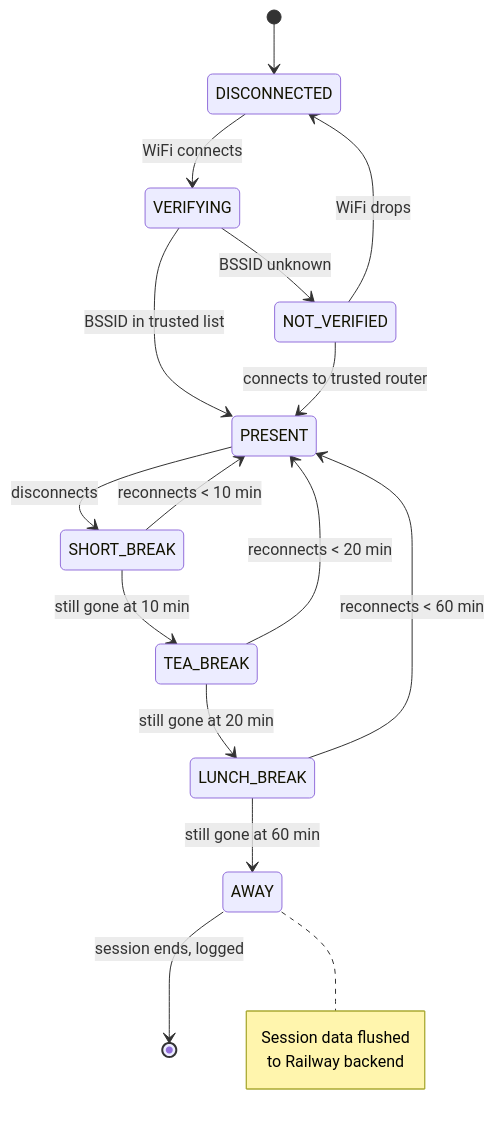
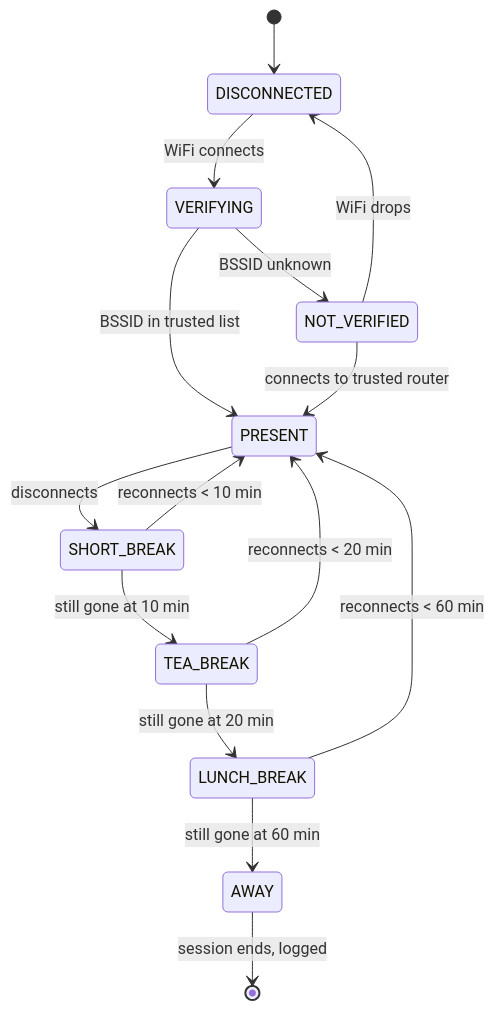
Before and after one commit to vedcr7/Attendance-Monitor-Using-Wifi-App: the first of 3 diagrams in README.md, drawn with Mermaid. The commit also changed other lines of this file, not shown here.

````diff
--- a/README.md
+++ b/README.md
@@ -142,27 +131,17 @@
 ```mermaid
 stateDiagram-v2
-    [*] --> DISCONNECTED
-    DISCONNECTED --> VERIFYING: WiFi connects
-    VERIFYING --> PRESENT: BSSID in trusted list
-    VERIFYING --> NOT_VERIFIED: BSSID unknown
-
-    PRESENT --> SHORT_BREAK: disconnects
-    SHORT_BREAK --> PRESENT: reconnects < 10 min
-    SHORT_BREAK --> TEA_BREAK: still gone at 10 min
-
-    TEA_BREAK --> PRESENT: reconnects < 20 min
-    TEA_BREAK --> LUNCH_BREAK: still gone at 20 min
-
-    LUNCH_BREAK --> PRESENT: reconnects < 60 min
-    LUNCH_BREAK --> AWAY: still gone at 60 min
-
-    AWAY --> [*]: session ends, logged
-
-    NOT_VERIFIED --> DISCONNECTED: WiFi drops
-    NOT_VERIFIED --> PRESENT: connects to trusted router
-
-    note right of AWAY
-        Session data flushed
-        to Railway backend
-    end note
+  [*] --> DISCONNECTED
+  DISCONNECTED --> VERIFYING: WiFi connects
+  VERIFYING --> PRESENT: BSSID in trusted list
+  VERIFYING --> NOT_VERIFIED: BSSID unknown
+  PRESENT --> SHORT_BREAK: disconnects
+  SHORT_BREAK --> PRESENT: reconnects < 10 min
+  SHORT_BREAK --> TEA_BREAK: still gone at 10 min
+  TEA_BREAK --> PRESENT: reconnects < 20 min
+  TEA_BREAK --> LUNCH_BREAK: still gone at 20 min
+  LUNCH_BREAK --> PRESENT: reconnects < 60 min
+  LUNCH_BREAK --> AWAY: still gone at 60 min
+  AWAY --> [*]: session ends, logged
+  NOT_VERIFIED --> DISCONNECTED: WiFi drops
+  NOT_VERIFIED --> PRESENT: connects to trusted router
 ```
````
